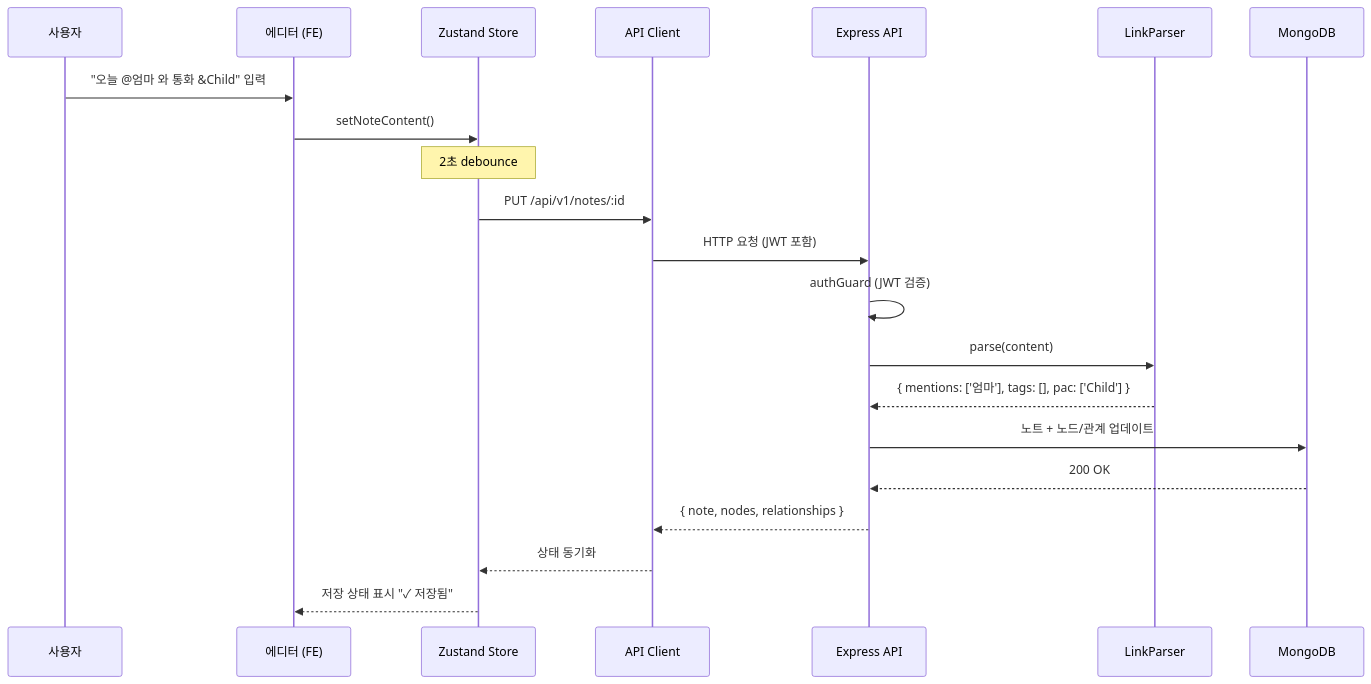
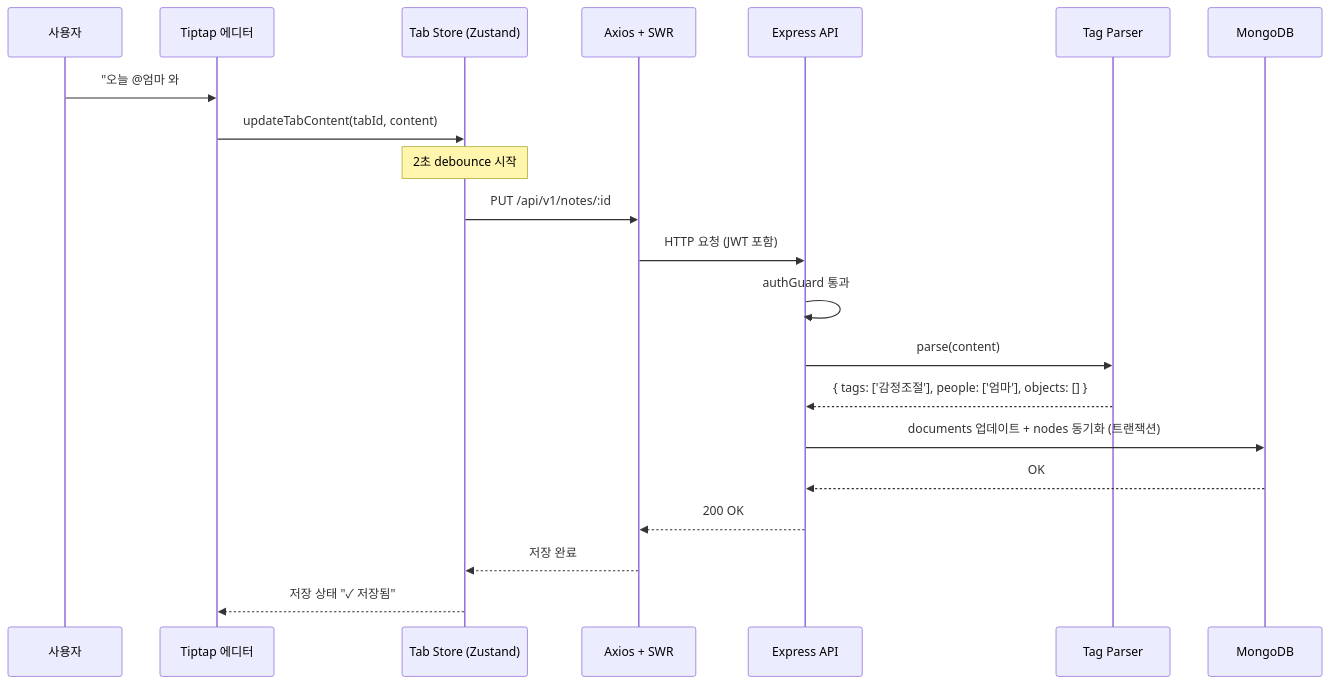
One commit to GC-Five-Guys/Docs changed the second of 4 diagrams in 03_설계/시스템_아키텍처.md. Above: the diagram before and after it, drawn with Mermaid. The commit also changed other lines of this file and 4 other files, not shown here.

````diff
--- a/03_설계/시스템_아키텍처.md
+++ b/03_설계/시스템_아키텍처.md
@@ -238,24 +306,24 @@
 ```mermaid
 sequenceDiagram
     participant U as 사용자
-    participant E as 에디터 (FE)
-    participant S as Zustand Store
-    participant A as API Client
+    participant E as Tiptap 에디터
+    participant TS as Tab Store (Zustand)
+    participant A as Axios + SWR
     participant API as Express API
-    participant P as LinkParser
+    participant P as Tag Parser
     participant DB as MongoDB
 
-    U->>E: "오늘 @엄마 와 통화 &Child" 입력
-    E->>S: setNoteContent()
-    Note over S: 2초 debounce
-    S->>A: PUT /api/v1/notes/:id
+    U->>E: "오늘 @엄마 와 #감정조절" 입력
+    E->>TS: updateTabContent(tabId, content)
+    Note over TS: 2초 debounce 시작
+    TS->>A: PUT /api/v1/notes/:id
     A->>API: HTTP 요청 (JWT 포함)
-    API->>API: authGuard (JWT 검증)
+    API->>API: authGuard 통과
     API->>P: parse(content)
-    P-->>API: { mentions: ['엄마'], tags: [], pac: ['Child'] }
-    API->>DB: 노트 + 노드/관계 업데이트
-    DB-->>API: 200 OK
-    API-->>A: { note, nodes, relationships }
-    A-->>S: 상태 동기화
-    S-->>E: 저장 상태 표시 "✓ 저장됨"
+    P-->>API: { tags: ['감정조절'], people: ['엄마'], objects: [] }
+    API->>DB: documents 업데이트 + nodes 동기화 (트랜잭션)
+    DB-->>API: OK
+    API-->>A: 200 OK
+    A-->>TS: 저장 완료
+    TS-->>E: 저장 상태 "✓ 저장됨"
 ```
````
